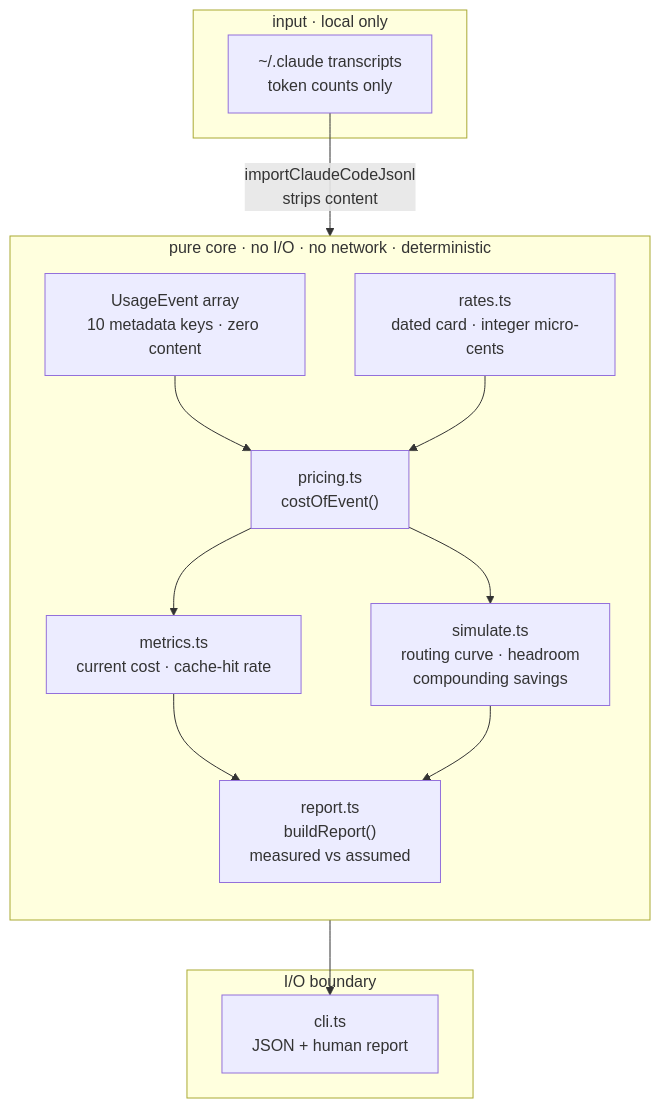
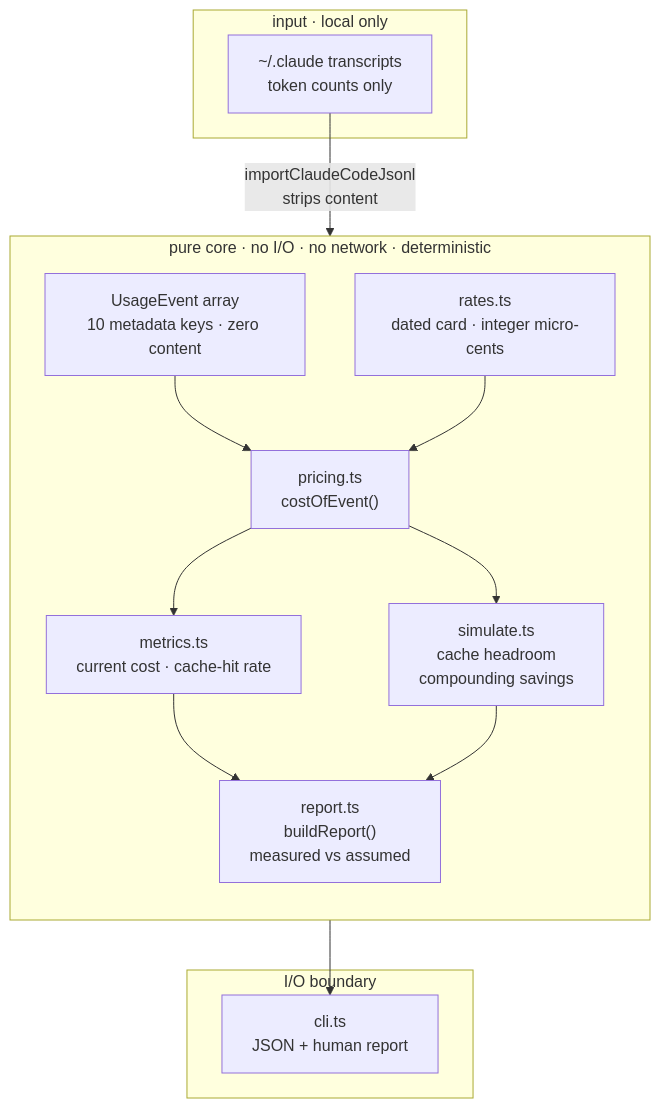
Before and after one commit to hangryclaude/token-spread: the diagram in README.md, drawn with Mermaid. The commit also changed other lines of this file and 42 other files, not shown here.

````diff
--- a/README.md
+++ b/README.md
@@ -23,26 +24,26 @@
 ```mermaid
 flowchart TD
     subgraph input["input · local only"]
         T["~/.claude transcripts<br/>token counts only"]
     end
     subgraph pure["pure core · no I/O · no network · deterministic"]
         direction TB
         E["UsageEvent array<br/>10 metadata keys · zero content"]
         RC["rates.ts<br/>dated card · integer micro-cents"]
         P["pricing.ts<br/>costOfEvent()"]
         M["metrics.ts<br/>current cost · cache-hit rate"]
-        S["simulate.ts<br/>routing curve · headroom<br/>compounding savings"]
+        S["simulate.ts<br/>cache headroom<br/>compounding savings"]
         R["report.ts<br/>buildReport()<br/>measured vs assumed"]
     end
     subgraph io["I/O boundary"]
         C["cli.ts<br/>JSON + human report"]
     end
     T -->|"importClaudeCodeJsonl<br/>strips content"| E
     E --> P
     RC --> P
     P --> M
     P --> S
     M --> R
     S --> R
     R --> C
 ```
````
